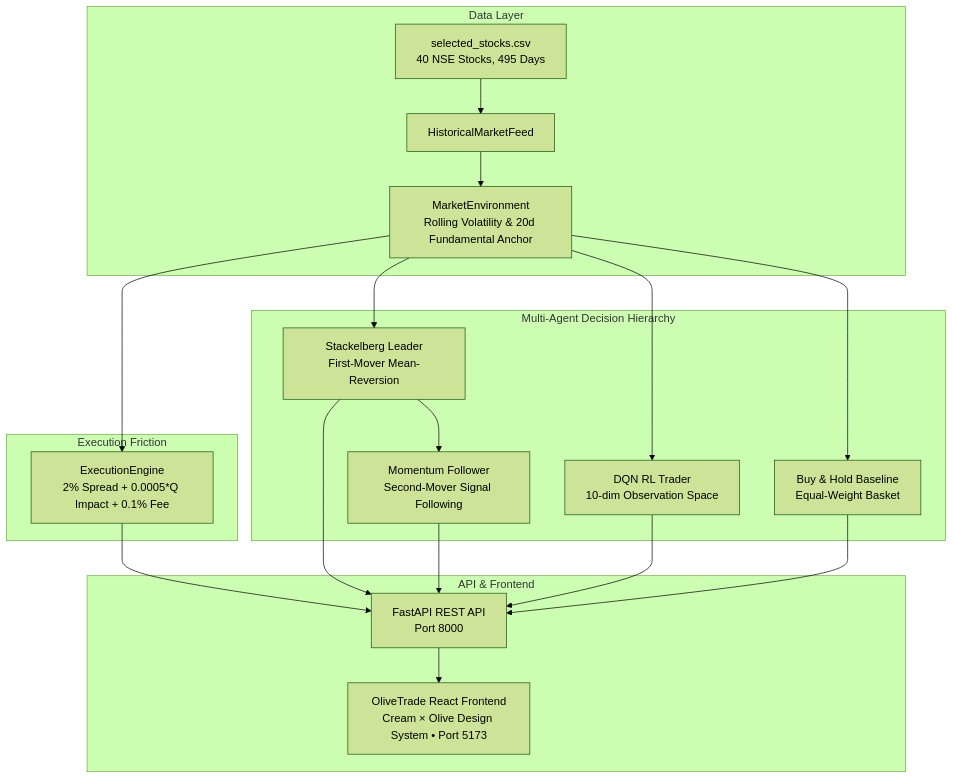
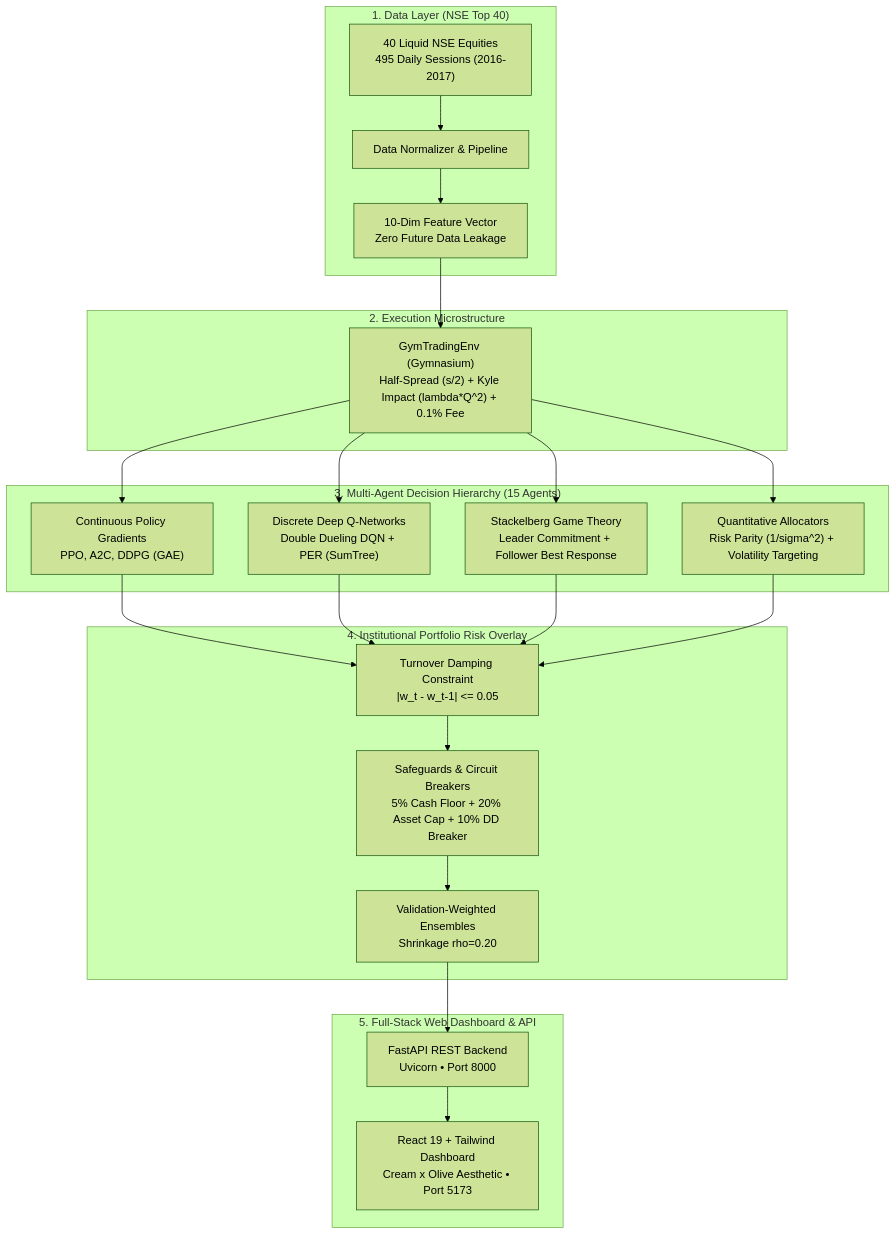
The diagram in README.md (pushti0102/Trading_agent), drawn with Mermaid (forest theme) before and after one commit. The commit also changed other lines of this file and 1 other file, not shown here.

Commit message:
docs: complete v2 README with full architecture, 15-agent suite, benchmark results, and quickstart

````diff
--- a/README.md
+++ b/README.md
@@ -15,27 +20,32 @@
 ```mermaid
 graph TD
-    subgraph Data Layer
-        A[selected_stocks.csv<br/>40 NSE Stocks, 495 Days] --> B[HistoricalMarketFeed]
-        B --> C[MarketEnvironment<br/>Rolling Volatility & 20d Fundamental Anchor]
+    subgraph Data Layer ["1. Data Layer (NSE Top 40)"]
+        A["40 Liquid NSE Equities<br/>495 Daily Sessions (2016-2017)"] --> B["Data Normalizer & Pipeline"]
+        B --> C["10-Dim Feature Vector<br/>Zero Future Data Leakage"]
     end
 
-    subgraph Execution Friction
-        C --> D[ExecutionEngine<br/>2% Spread + 0.0005*Q Impact + 0.1% Fee]
+    subgraph Microstructure ["2. Execution Microstructure"]
+        C --> D["GymTradingEnv (Gymnasium)<br/>Half-Spread (s/2) + Kyle Impact (lambda*Q^2) + 0.1% Fee"]
     end
 
-    subgraph Multi-Agent Decision Hierarchy
-        C --> E[Stackelberg Leader<br/>First-Mover Mean-Reversion]
-        E --> F[Momentum Follower<br/>Second-Mover Signal Following]
-        C --> G[DQN RL Trader<br/>10-dim Observation Space]
-        C --> H[Buy & Hold Baseline<br/>Equal-Weight Basket]
+    subgraph Agents ["3. Multi-Agent Decision Hierarchy (15 Agents)"]
+        D --> E["Continuous Policy Gradients<br/>PPO, A2C, DDPG (GAE)"]
+        D --> F["Discrete Deep Q-Networks<br/>Double Dueling DQN + PER (SumTree)"]
+        D --> G["Stackelberg Game Theory<br/>Leader Commitment + Follower Best Response"]
+        D --> H["Quantitative Allocators<br/>Risk Parity (1/sigma^2) + Volatility Targeting"]
     end
 
-    subgraph API & Frontend
-        D --> I[FastAPI REST API<br/>Port 8000]
-        E --> I
+    subgraph Overlay ["4. Institutional Portfolio Risk Overlay"]
+        E --> I["Turnover Damping Constraint<br/>|w_t - w_t-1| <= 0.05"]
         F --> I
         G --> I
         H --> I
-        I --> J[OliveTrade React Frontend<br/>Cream × Olive Design System • Port 5173]
+        I --> J["Safeguards & Circuit Breakers<br/>5% Cash Floor + 20% Asset Cap + 10% DD Breaker"]
+        J --> K["Validation-Weighted Ensembles<br/>Shrinkage rho=0.20"]
+    end
+
+    subgraph FullStack ["5. Full-Stack Web Dashboard & API"]
+        K --> L["FastAPI REST Backend<br/>Uvicorn • Port 8000"]
+        L --> M["React 19 + Tailwind Dashboard<br/>Cream x Olive Aesthetic • Port 5173"]
     end
 ```
````
